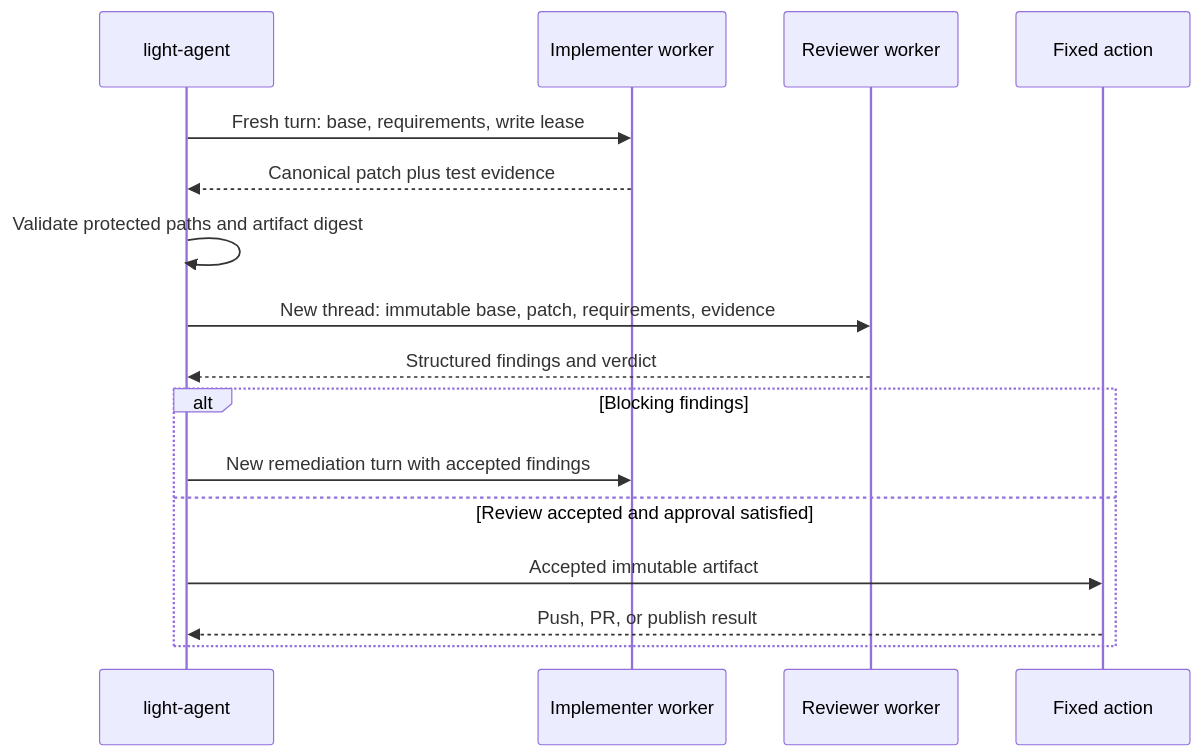
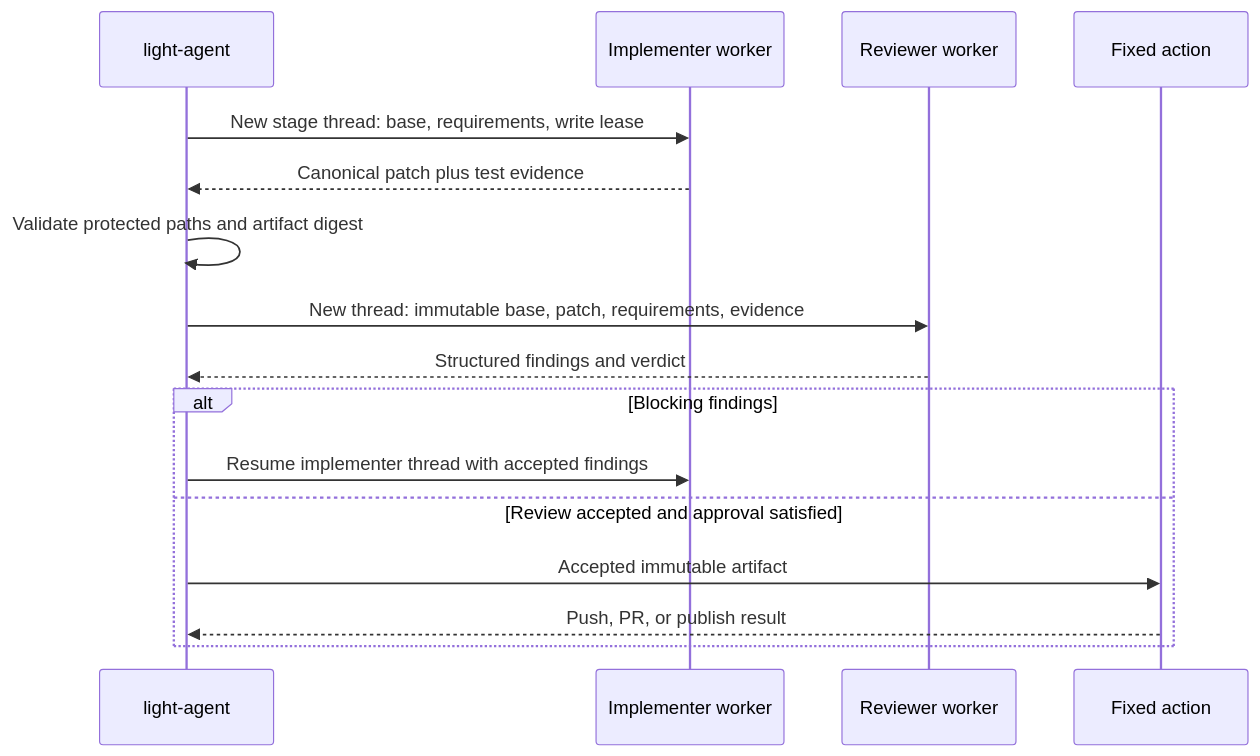
Before and after one commit to networknt/light-fabric: the third of 3 diagrams in docs/src/product/light-agent/coding-harness-integration.md, drawn with Mermaid. The commit also changed other lines of this file and 1045 other files, not shown here.

````diff
--- a/docs/src/product/light-agent/coding-harness-integration.md
+++ b/docs/src/product/light-agent/coding-harness-integration.md
@@ -379,19 +384,19 @@
 ```mermaid
 sequenceDiagram
     participant A as light-agent
     participant I as Implementer worker
     participant R as Reviewer worker
     participant F as Fixed action
 
-    A->>I: Fresh turn: base, requirements, write lease
+    A->>I: New stage thread: base, requirements, write lease
     I-->>A: Canonical patch plus test evidence
     A->>A: Validate protected paths and artifact digest
     A->>R: New thread: immutable base, patch, requirements, evidence
     R-->>A: Structured findings and verdict
     alt Blocking findings
-        A->>I: New remediation turn with accepted findings
+        A->>I: Resume implementer thread with accepted findings
     else Review accepted and approval satisfied
         A->>F: Accepted immutable artifact
         F-->>A: Push, PR, or publish result
     end
 ```
````
